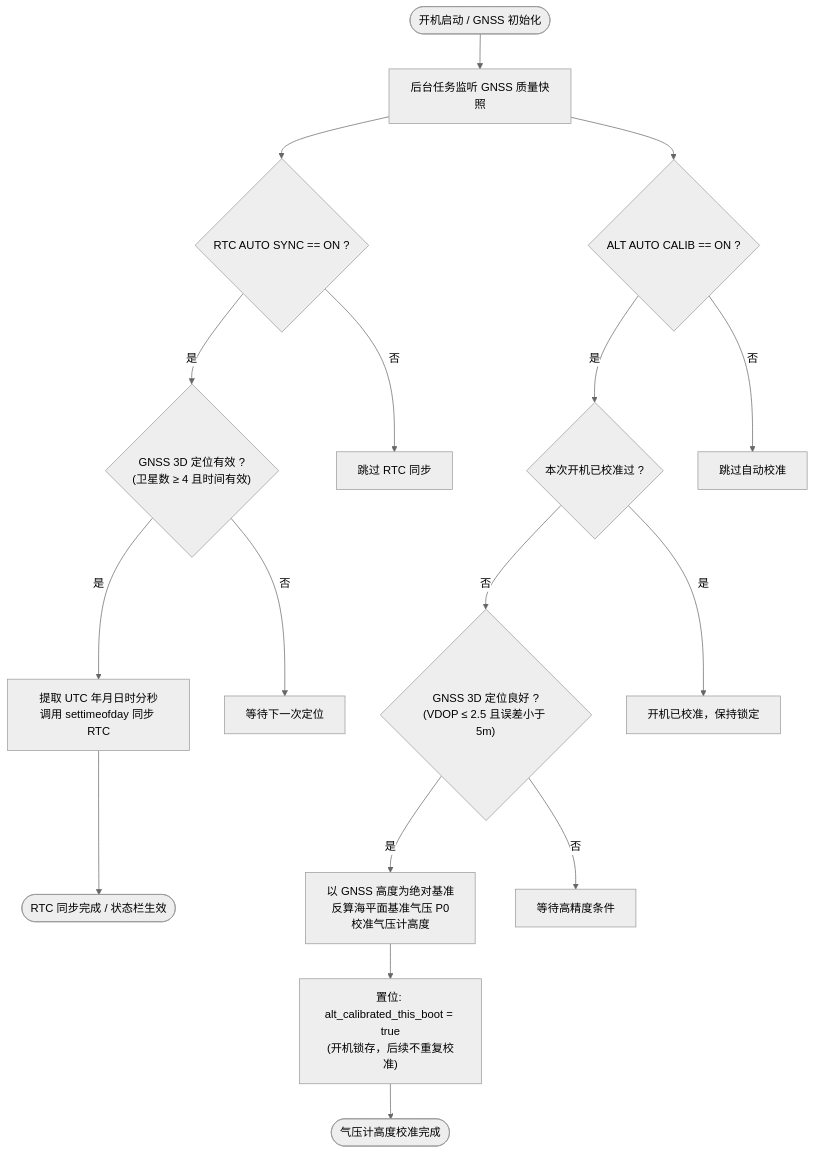
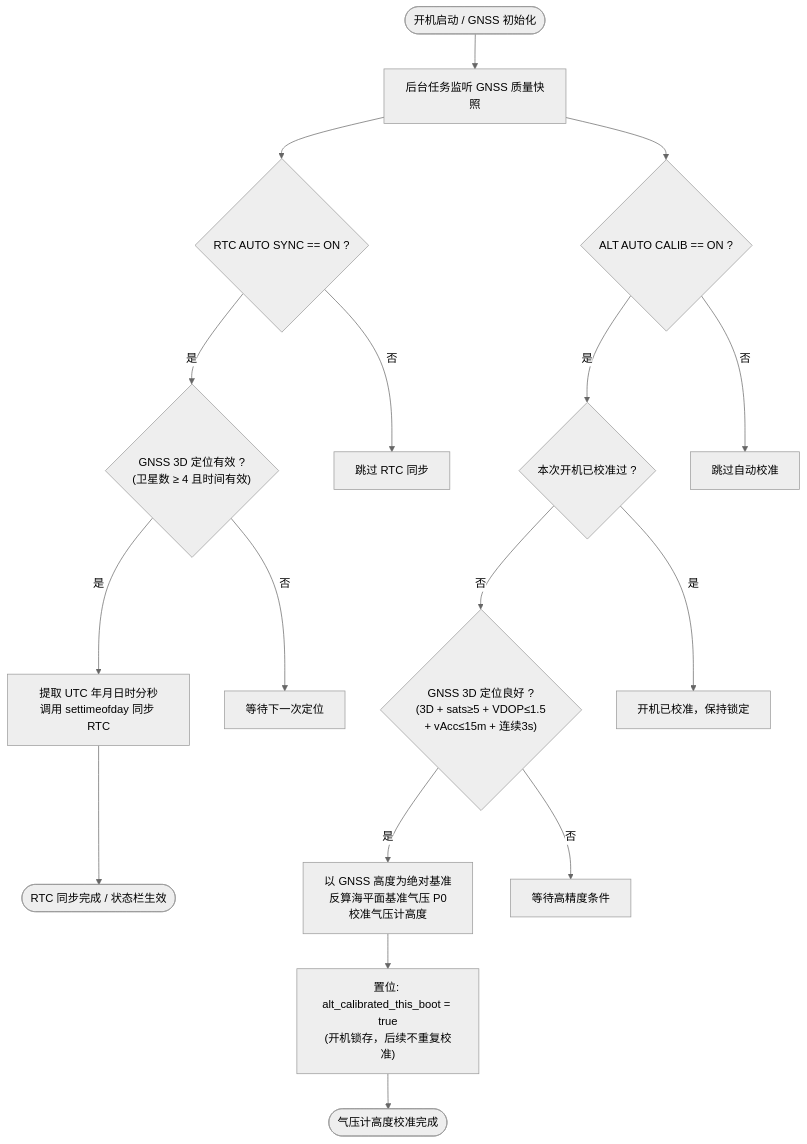
The second of 2 diagrams in dev_note.md (suntyrael/ESP32S3_GPS_Codex), drawn with Mermaid (neutral theme) before and after one commit. The commit also changed other lines of this file and 6 other files, not shown here.

````diff
--- a/dev_note.md
+++ b/dev_note.md
@@ -399,21 +399,21 @@
 ```mermaid
 flowchart TD
     Start([开机启动 / GNSS 初始化]) --> Monitor[后台任务监听 GNSS 质量快照]
 
     Monitor --> CheckRTC{"RTC AUTO SYNC == ON ?"}
     CheckRTC -- 是 --> CheckGPSFix{"GNSS 3D 定位有效 ?<br>(卫星数 ≥ 4 且时间有效)"}
     CheckGPSFix -- 是 --> DoSync["提取 UTC 年月日时分秒<br>调用 settimeofday 同步 RTC"]
     DoSync --> RTC_Done([RTC 同步完成 / 状态栏生效])
     CheckGPSFix -- 否 --> WaitGPS1[等待下一次定位]
     CheckRTC -- 否 --> SkipRTC[跳过 RTC 同步]
 
     Monitor --> CheckAltSwitch{"ALT AUTO CALIB == ON ?"}
     CheckAltSwitch -- 是 --> CheckCalibOnce{"本次开机已校准过 ?"}
-    CheckCalibOnce -- 否 --> CheckQuality{"GNSS 3D 定位良好 ?<br>(VDOP ≤ 2.5 且误差小于 5m)"}
+    CheckCalibOnce -- 否 --> CheckQuality{"GNSS 3D 定位良好 ?<br>(3D + sats≥5 + VDOP≤1.5<br>+ vAcc≤15m + 连续3s)"}
     CheckQuality -- 是 --> DoAltCalib["以 GNSS 高度为绝对基准<br>反算海平面基准气压 P0<br>校准气压计高度"]
     DoAltCalib --> LockCalib["置位: alt_calibrated_this_boot = true<br>(开机锁存，后续不重复校准)"]
     LockCalib --> Alt_Done([气压计高度校准完成])
     CheckQuality -- 否 --> WaitGPS2[等待高精度条件]
     CheckCalibOnce -- 是 --> SkipAlt[开机已校准，保持锁定]
     CheckAltSwitch -- 否 --> SkipAltCalib[跳过自动校准]
 ```
````
